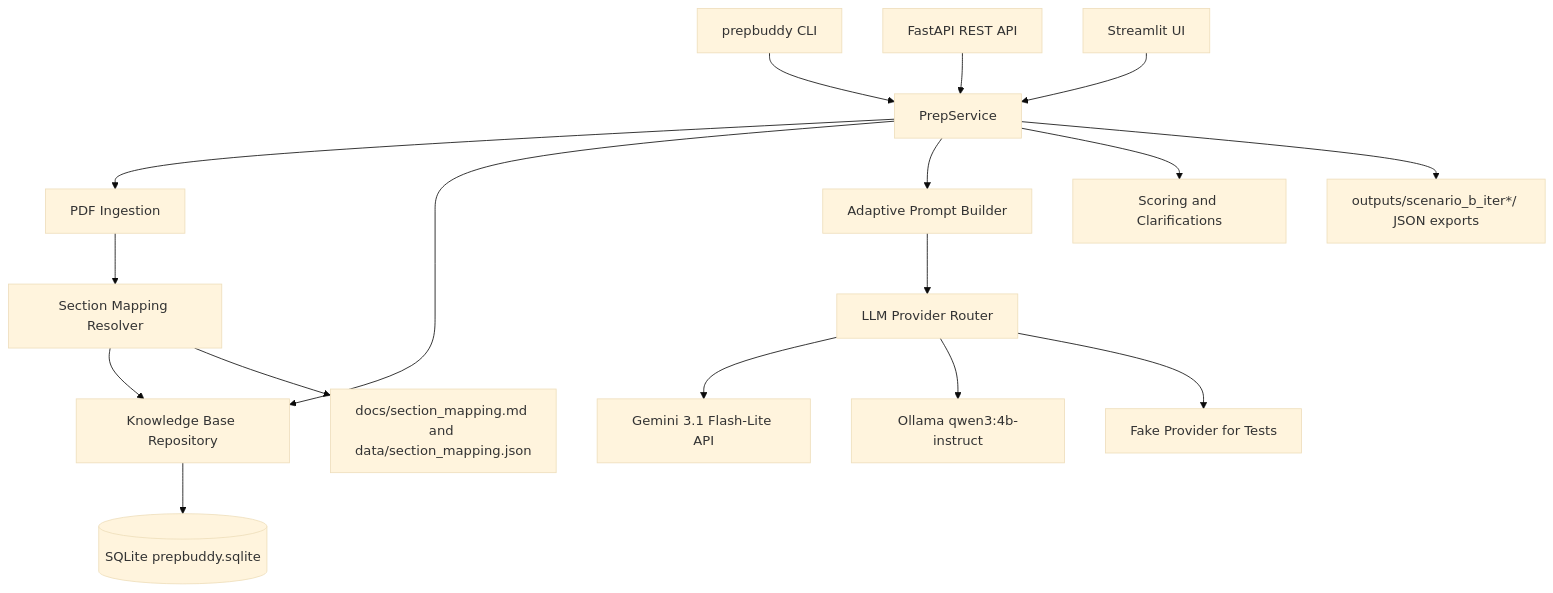
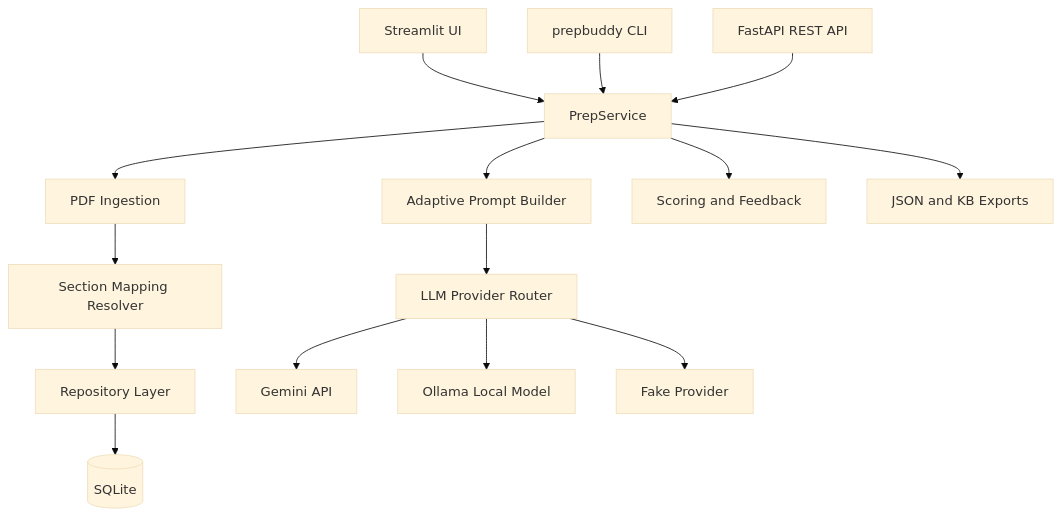
One commit to ImamH0ssain/prepbuddy changed the diagram in README.md. Above: the diagram before and after it, drawn with Mermaid (base theme). The commit also changed other lines of this file and 4 other files, not shown here.

````diff
--- a/README.md
+++ b/README.md
@@ -9,23 +20,21 @@
 ```mermaid
 flowchart TD
-    CLI[prepbuddy CLI] --> Service[PrepService]
+    UI[Streamlit UI] --> Service[PrepService]
+    CLI[prepbuddy CLI] --> Service
     API[FastAPI REST API] --> Service
-    UI[Streamlit UI] --> Service
 
     Service --> Ingestion[PDF Ingestion]
-    Ingestion --> Mapper[Section Mapping Resolver]
-    Mapper --> KB[Knowledge Base Repository]
+    Ingestion --> Mapping[Section Mapping Resolver]
+    Mapping --> Repo[Repository Layer]
 
-    Service --> KB
-    Service --> Adapt[Adaptive Prompt Builder]
-    Service --> Scoring[Scoring and Clarifications]
-    Adapt --> ProviderRouter[LLM Provider Router]
+    Service --> Prompting[Adaptive Prompt Builder]
+    Service --> Scoring[Scoring and Feedback]
+    Prompting --> Providers[LLM Provider Router]
 
-    ProviderRouter --> Gemini[Gemini 3.1 Flash-Lite API]
-    ProviderRouter --> Ollama[Ollama qwen3:4b-instruct]
-    ProviderRouter --> Fake[Fake Provider for Tests]
+    Providers --> Gemini[Gemini API]
+    Providers --> Ollama[Ollama Local Model]
+    Providers --> Fake[Fake Provider]
 
-    KB --> SQLite[(SQLite prepbuddy.sqlite)]
-    Service --> Outputs[outputs/scenario_b_iter*/ JSON exports]
-    Mapper --> MappingDoc[docs/section_mapping.md and data/section_mapping.json]
+    Repo --> SQLite[(SQLite)]
+    Service --> Exports[JSON and KB Exports]
 ```
````
